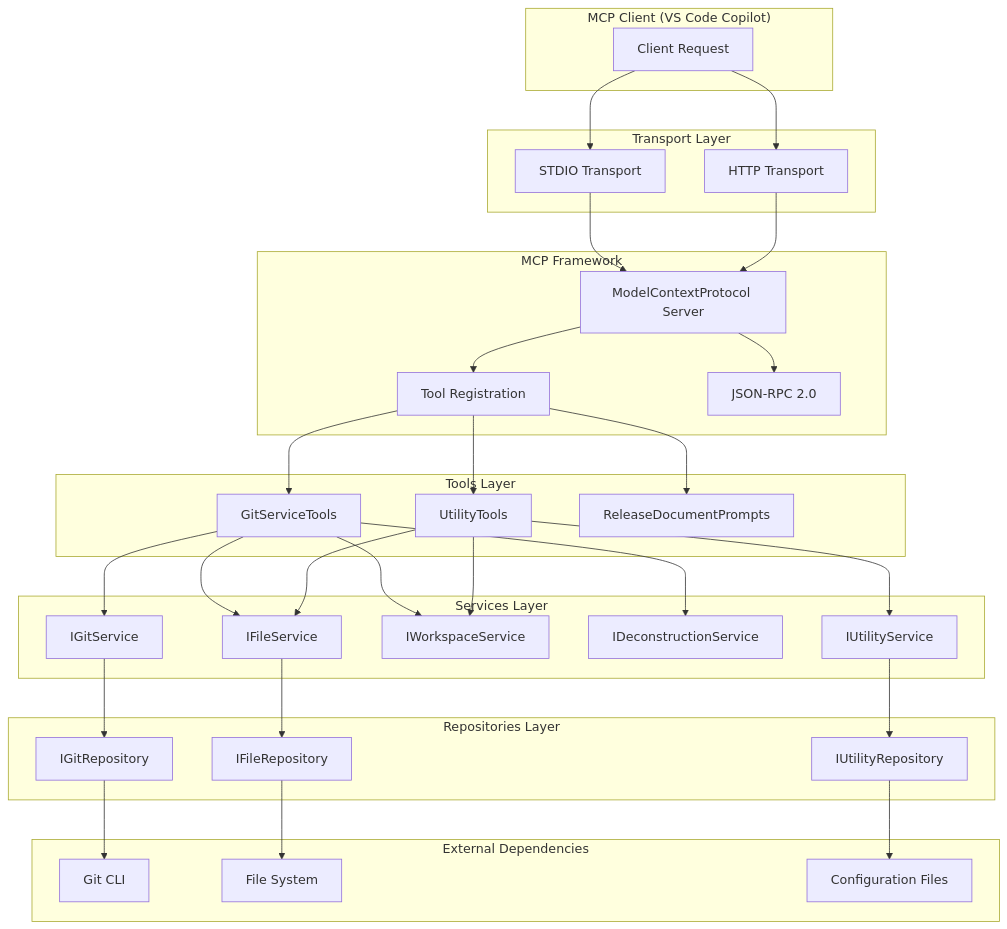
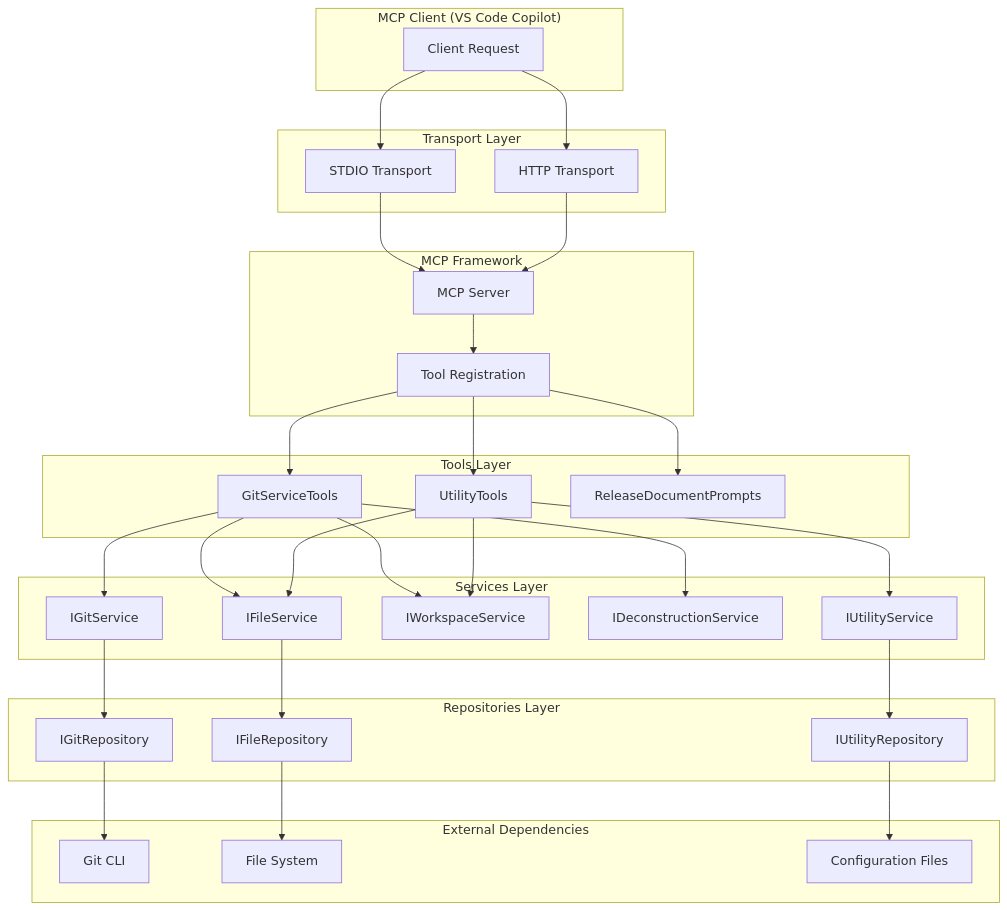
One commit to MCPRUNNER/GitVisionMCP changed the first of 3 diagrams in Documentation/ARCHITECTURE.md. Above: the diagram before and after it, drawn with Mermaid. The commit also changed 8 other files, not shown here.

Commit message:
Updating documentation and adding a CREATE_MCP_SERVER.md

````diff
--- a/Documentation/ARCHITECTURE.md
+++ b/Documentation/ARCHITECTURE.md
@@ -20,66 +20,64 @@
 ```mermaid
 graph TB
     subgraph "MCP Client (VS Code Copilot)"
         A[Client Request]
     end
 
     subgraph "Transport Layer"
         B[STDIO Transport]
         C[HTTP Transport]
     end
 
     subgraph "MCP Framework"
-        D[ModelContextProtocol Server]
+        D[MCP Server]
         E[Tool Registration]
-        F[JSON-RPC 2.0]
     end
 
     subgraph "Tools Layer"
         G[GitServiceTools]
         H[UtilityTools]
         I[ReleaseDocumentPrompts]
     end
 
     subgraph "Services Layer"
         J[IGitService]
         K[IFileService]
         L[IWorkspaceService]
         M[IDeconstructionService]
         N[IUtilityService]
     end
 
     subgraph "Repositories Layer"
         O[IGitRepository]
         P[IFileRepository]
         Q[IUtilityRepository]
     end
 
     subgraph "External Dependencies"
         R[Git CLI]
         S[File System]
         T[Configuration Files]
     end
 
     A --> B
     A --> C
     B --> D
     C --> D
     D --> E
-    D --> F
     E --> G
     E --> H
     E --> I
     G --> J
     G --> K
     G --> L
     G --> M
     H --> N
     H --> K
     H --> L
     J --> O
     K --> P
     N --> Q
     O --> R
     P --> S
     Q --> T
 ```
````
